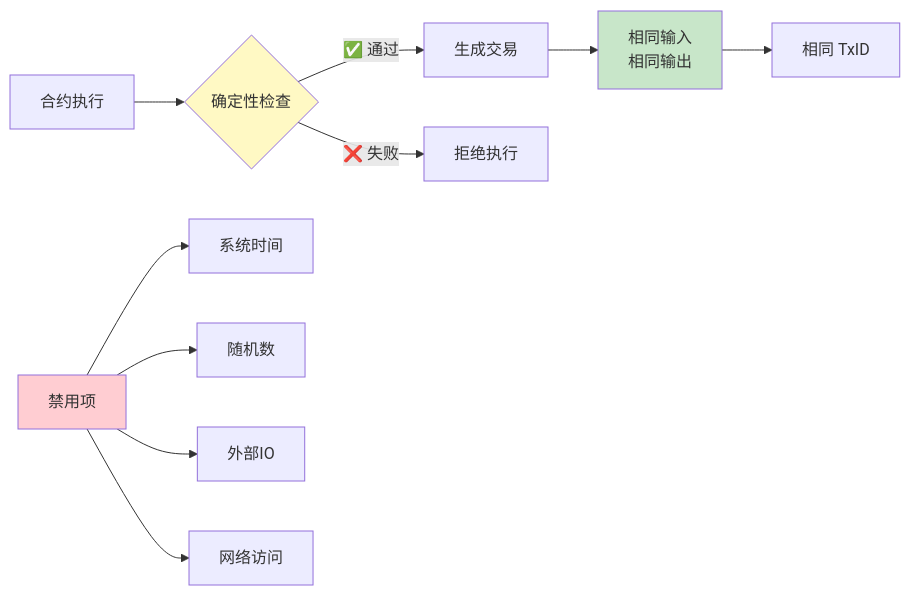
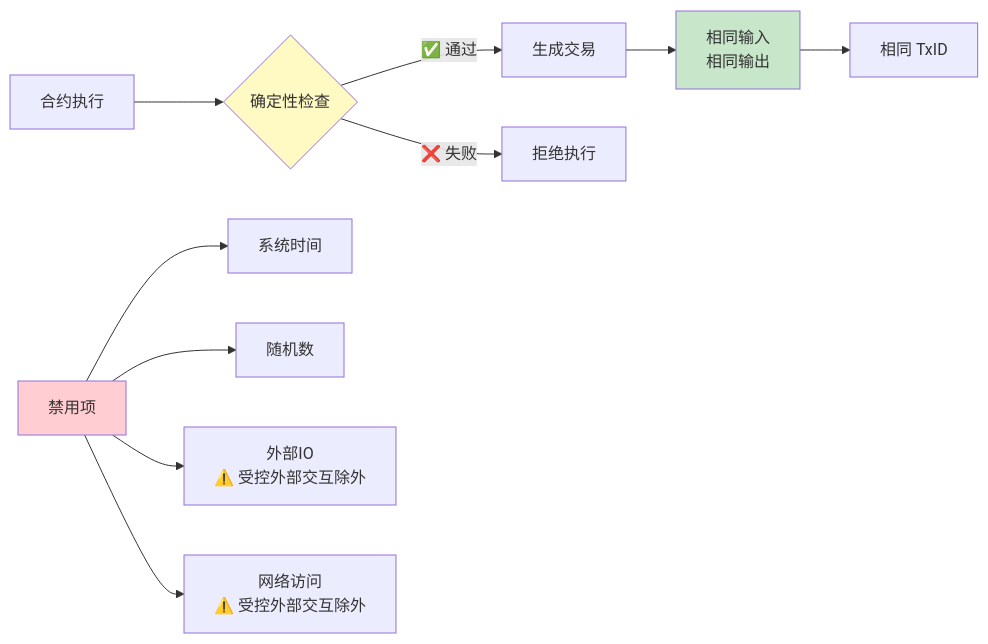
One commit to weisyn/contract-sdk-go changed the fourth of 5 diagrams in docs/DEVELOPER_GUIDE.md. Above: the diagram before and after it, drawn with Mermaid. The commit also changed other lines of this file and 5 other files, not shown here.

````diff
--- a/docs/DEVELOPER_GUIDE.md
+++ b/docs/DEVELOPER_GUIDE.md
@@ -185,18 +332,18 @@
 ```mermaid
 graph LR
     A[合约执行] --> B{确定性检查}
     B -->|✅ 通过| C[生成交易]
     B -->|❌ 失败| D[拒绝执行]
     
     C --> E[相同输入<br/>相同输出]
     E --> F[相同 TxID]
     
     G[禁用项] --> H[系统时间]
     G --> I[随机数]
-    G --> J[外部IO]
-    G --> K[网络访问]
+    G --> J[外部IO<br/>⚠️ 受控外部交互除外]
+    G --> K[网络访问<br/>⚠️ 受控外部交互除外]
     
     style B fill:#FFF9C4
     style E fill:#C8E6C9
     style G fill:#FFCDD2
 ```
````
